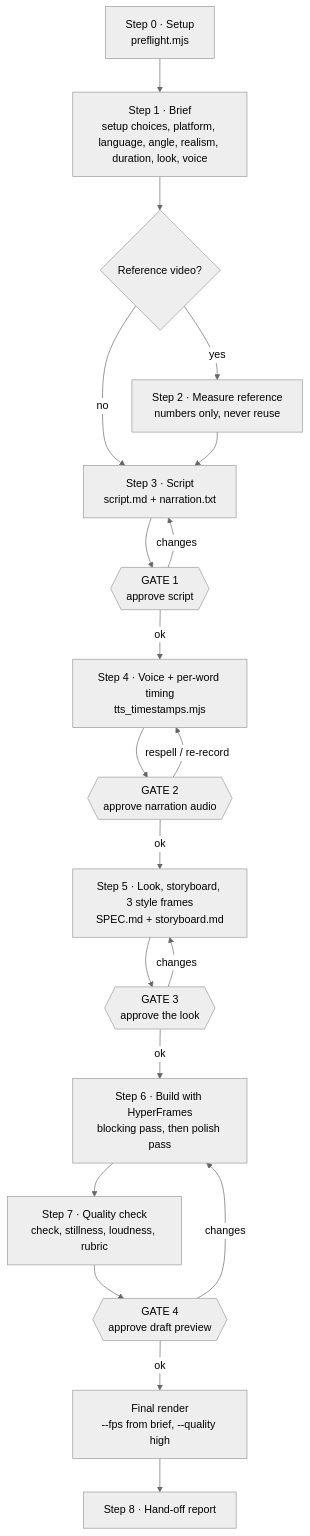
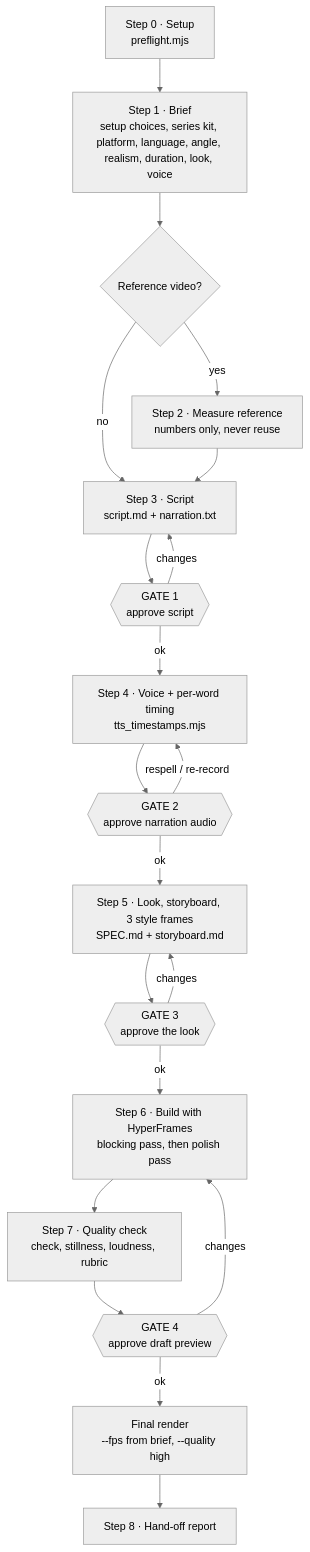
Before and after one commit to sandalkuilang/dalang: the first of 2 diagrams in docs/workflow.md, drawn with Mermaid (neutral theme). The commit also changed other lines of this file and 5 other files, not shown here.

Commit message:
docs(series): brief Series kit section and Which series question, SKILL carry-over exception, README, workflow, CHANGELOG

````diff
--- a/docs/workflow.md
+++ b/docs/workflow.md
@@ -7,22 +7,22 @@
 ```mermaid
 flowchart TD
-    S0["Step 0 · Setup<br/>preflight.mjs"] --> S1["Step 1 · Brief<br/>setup choices, platform, language, angle, realism, duration, look, voice"]
+    S0["Step 0 · Setup<br/>preflight.mjs"] --> S1["Step 1 · Brief<br/>setup choices, series kit, platform, language, angle, realism, duration, look, voice"]
     S1 --> S2{"Reference video?"}
     S2 -- yes --> M["Step 2 · Measure reference<br/>numbers only, never reuse"]
     S2 -- no --> S3
     M --> S3["Step 3 · Script<br/>script.md + narration.txt"]
     S3 --> G1{{"GATE 1<br/>approve script"}}
     G1 -- changes --> S3
     G1 -- ok --> S4["Step 4 · Voice + per-word timing<br/>tts_timestamps.mjs"]
     S4 --> G2{{"GATE 2<br/>approve narration audio"}}
     G2 -- respell / re-record --> S4
     G2 -- ok --> S5["Step 5 · Look, storyboard, 3 style frames<br/>SPEC.md + storyboard.md"]
     S5 --> G3{{"GATE 3<br/>approve the look"}}
     G3 -- changes --> S5
     G3 -- ok --> S6["Step 6 · Build with HyperFrames<br/>blocking pass, then polish pass"]
     S6 --> S7["Step 7 · Quality check<br/>check, stillness, loudness, rubric"]
     S7 --> G4{{"GATE 4<br/>approve draft preview"}}
     G4 -- changes --> S6
     G4 -- ok --> R["Final render<br/>--fps from brief, --quality high"]
     R --> S8["Step 8 · Hand-off report"]
 ```
````
